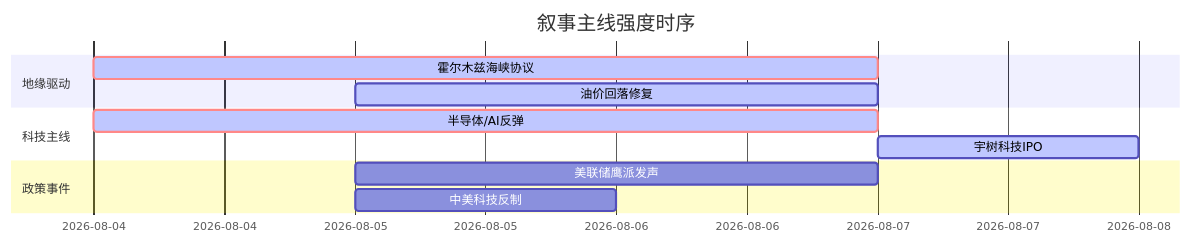
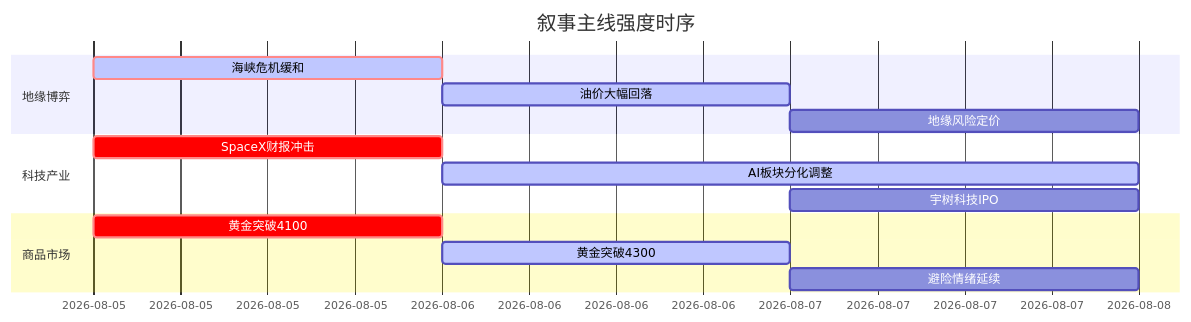
Before and after one commit to uu5zn/uu5zn.github.io: the diagram in 5day_report.md, drawn with Mermaid. The commit also changed other lines of this file and 24 other files, not shown here.

````diff
--- a/5day_report.md
+++ b/5day_report.md
@@ -72,16 +54,19 @@
 ```mermaid
 gantt
     title 叙事主线强度时序
     dateFormat YYYY-MM-DD
-    section 地缘驱动
-    霍尔木兹海峡协议   :crit, active, 2026-08-04, 3d
-    油价回落修复   :active, 2026-08-05, 2d
+    section 地缘博弈
+    海峡危机缓和   :crit, active, 2026-08-05, 1d
+    油价大幅回落   :active, 2026-08-06, 1d
+    地缘风险定价   :2026-08-07, 1d
     
-    section 科技主线
-    半导体/AI反弹   :crit, active, 2026-08-04, 3d
-    宇树科技IPO   :active, 2026-08-07, 1d
+    section 科技产业
+    SpaceX财报冲击 :crit, 2026-08-05, 1d
+    AI板块分化调整 :active, 2026-08-06, 2d
+    宇树科技IPO   :2026-08-07, 1d
     
-    section 政策事件
-    美联储鹰派发声   :2026-08-05, 2d
-    中美科技反制   :2026-08-05, 1d
+    section 商品市场
+    黄金突破4100   :crit, 2026-08-05, 1d
+    黄金突破4300   :active, 2026-08-06, 1d
+    避险情绪延续   :2026-08-07, 1d
 ```
````
